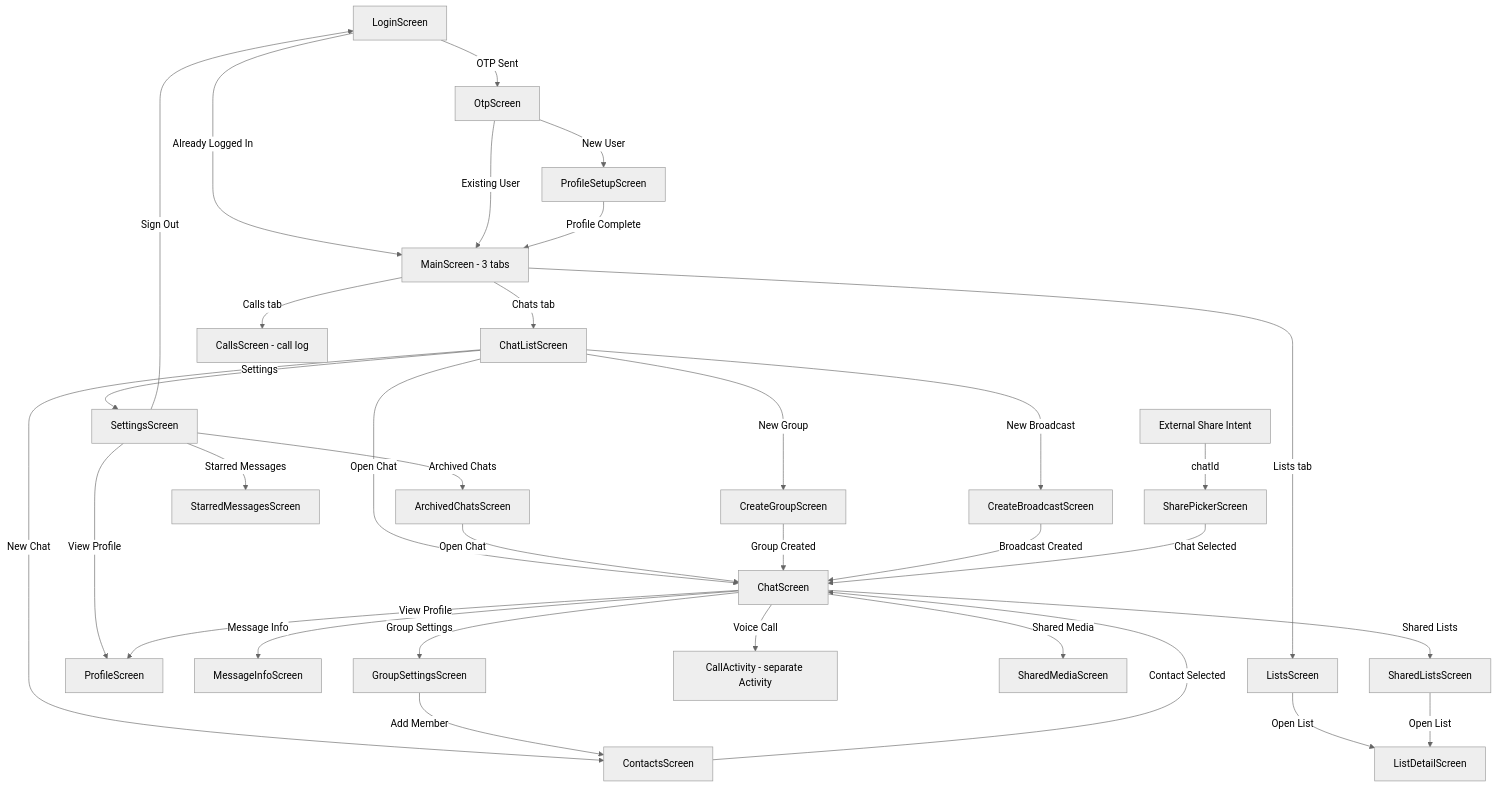
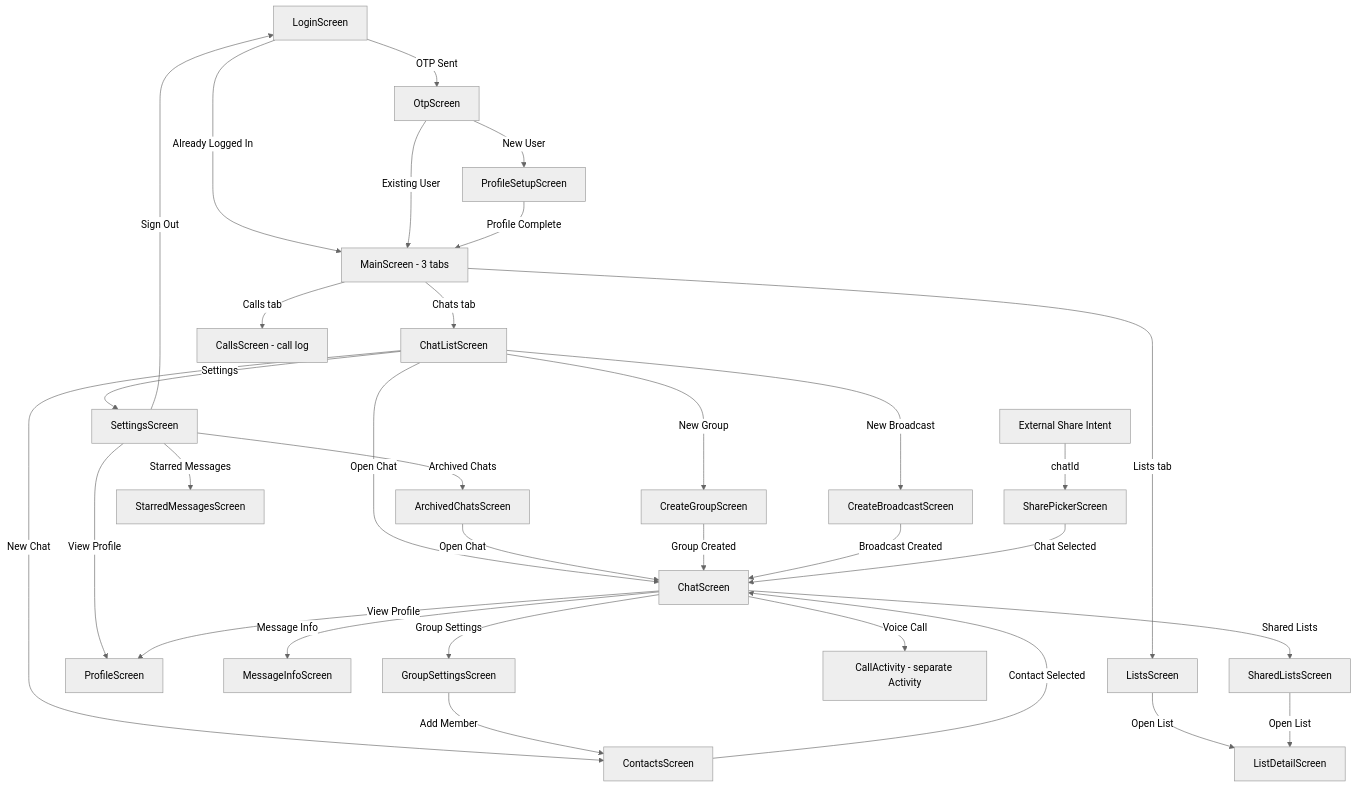
One commit to gomorra/fire-stream-chat changed the sixth of 6 diagrams in docs/ARCHITECTURE.md. Above: the diagram before and after it, drawn with Mermaid (neutral theme). The commit also changed other lines of this file and 10 other files, not shown here.

First line of the commit message:
refactor(search): merge SharedMediaScreen into the search pane

````diff
--- a/docs/ARCHITECTURE.md
+++ b/docs/ARCHITECTURE.md
@@ -292,52 +292,51 @@
 ```mermaid
 graph TD
     %% Auth Flow
     Login[LoginScreen] -->|Already Logged In| Main[MainScreen - 3 tabs]
     Login -->|OTP Sent| Otp[OtpScreen]
     Otp -->|Existing User| Main
     Otp -->|New User| ProfileSetup[ProfileSetupScreen]
     ProfileSetup -->|Profile Complete| Main
     Settings[SettingsScreen] -->|Sign Out| Login
 
     %% Main Tabs (internal pager state)
     Main -->|Chats tab| ChatList[ChatListScreen]
     Main -->|Calls tab| CallsLog[CallsScreen - call log]
     Main -->|Lists tab| Lists[ListsScreen]
 
     %% From ChatList
     ChatList -->|Settings| Settings
     ChatList -->|New Chat| Contacts[ContactsScreen]
     ChatList -->|New Group| CreateGroup[CreateGroupScreen]
     ChatList -->|New Broadcast| CreateBroadcast[CreateBroadcastScreen]
     ChatList -->|Open Chat| Chat[ChatScreen]
 
     %% From Settings
     Settings -->|Starred Messages| StarredMessages[StarredMessagesScreen]
     Settings -->|Archived Chats| ArchivedChats[ArchivedChatsScreen]
     Settings -->|View Profile| Profile[ProfileScreen]
 
     %% From Archived Chats
     ArchivedChats -->|Open Chat| Chat
 
     %% Chat Connective Flows
     Contacts -->|Contact Selected| Chat
     CreateGroup -->|Group Created| Chat
     CreateBroadcast -->|Broadcast Created| Chat
 
     Chat -->|Message Info| MessageInfo[MessageInfoScreen]
     Chat -->|View Profile| Profile
     Chat -->|Group Settings| GroupSettings[GroupSettingsScreen]
     Chat -->|Voice Call| CallActivity[CallActivity - separate Activity]
-    Chat -->|Shared Media| SharedMedia[SharedMediaScreen]
     Chat -->|Shared Lists| SharedLists[SharedListsScreen]
 
     GroupSettings -->|Add Member| Contacts
 
     %% Lists flows
     Lists -->|Open List| ListDetail[ListDetailScreen]
     SharedLists -->|Open List| ListDetail
 
     %% Share Intent
     ShareIntent[External Share Intent] -->|chatId| SharePicker[SharePickerScreen]
     SharePicker -->|Chat Selected| Chat
 ```
````
